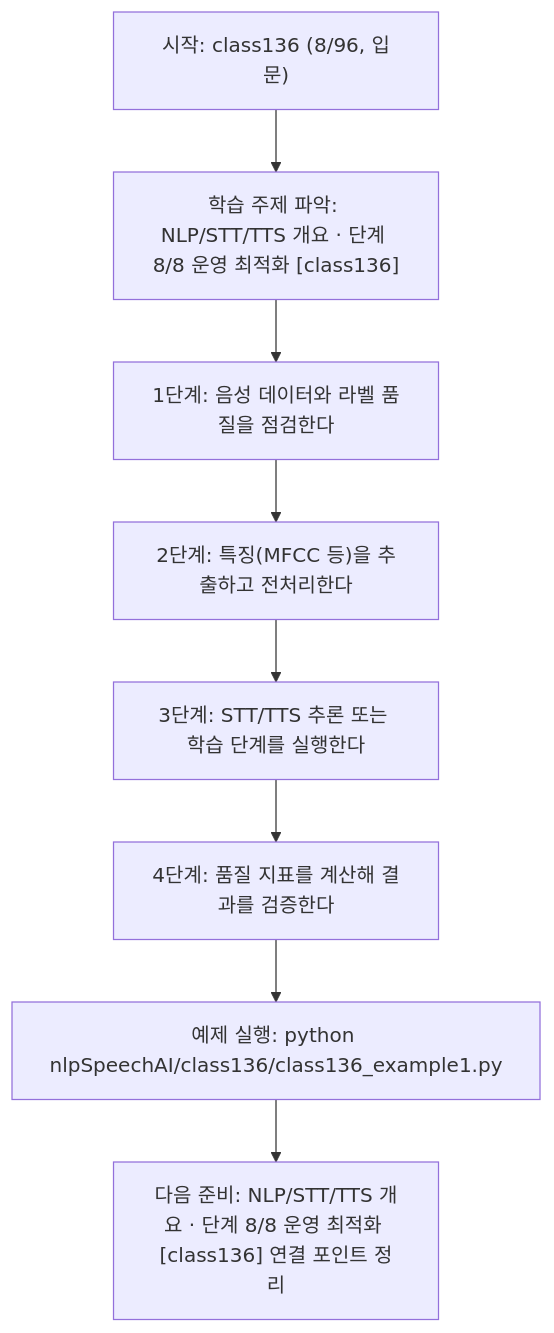
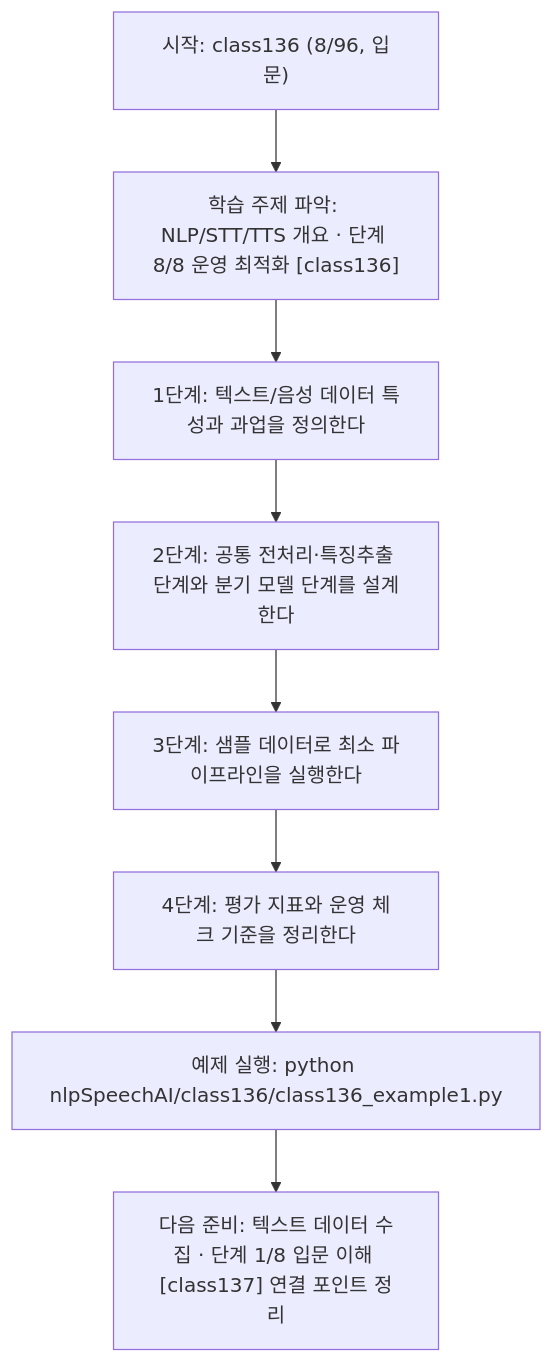
Before and after one commit to edumgt/Python-AI_Agent-Class: the diagram in nlpSpeechAI/class136/class136.md, drawn with Mermaid. The commit also changed other lines of this file and 1122 other files, not shown here.

````diff
--- a/nlpSpeechAI/class136/class136.md
+++ b/nlpSpeechAI/class136/class136.md
@@ -115,18 +95,18 @@
 ```mermaid
 flowchart TD
 N1["시작: class136 (8/96, 입문)"]
 N2["학습 주제 파악: NLP/STT/TTS 개요 · 단계 8/8 운영 최적화 [class136]"]
-N3["1단계: 음성 데이터와 라벨 품질을 점검한다"]
-N4["2단계: 특징(MFCC 등)을 추출하고 전처리한다"]
-N5["3단계: STT/TTS 추론 또는 학습 단계를 실행한다"]
-N6["4단계: 품질 지표를 계산해 결과를 검증한다"]
+N3["1단계: 텍스트/음성 데이터 특성과 과업을 정의한다"]
+N4["2단계: 공통 전처리·특징추출 단계와 분기 모델 단계를 설계한다"]
+N5["3단계: 샘플 데이터로 최소 파이프라인을 실행한다"]
+N6["4단계: 평가 지표와 운영 체크 기준을 정리한다"]
 N7["예제 실행: python nlpSpeechAI/class136/class136_example1.py"]
-N8["다음 준비: NLP/STT/TTS 개요 · 단계 8/8 운영 최적화 [class136] 연결 포인트 정리"]
+N8["다음 준비: 텍스트 데이터 수집 · 단계 1/8 입문 이해 [class137] 연결 포인트 정리"]
 N1 --> N2
 N2 --> N3
 N3 --> N4
 N4 --> N5
 N5 --> N6
 N6 --> N7
 N7 --> N8
 ```
````
